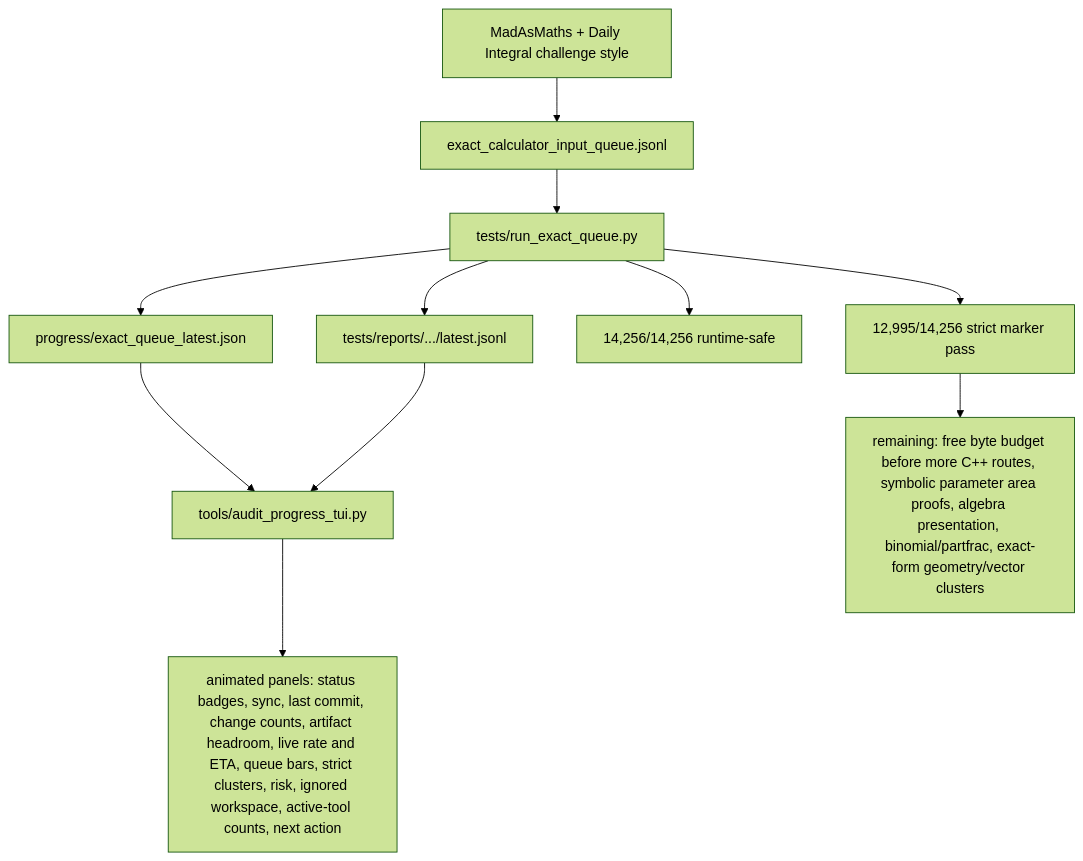
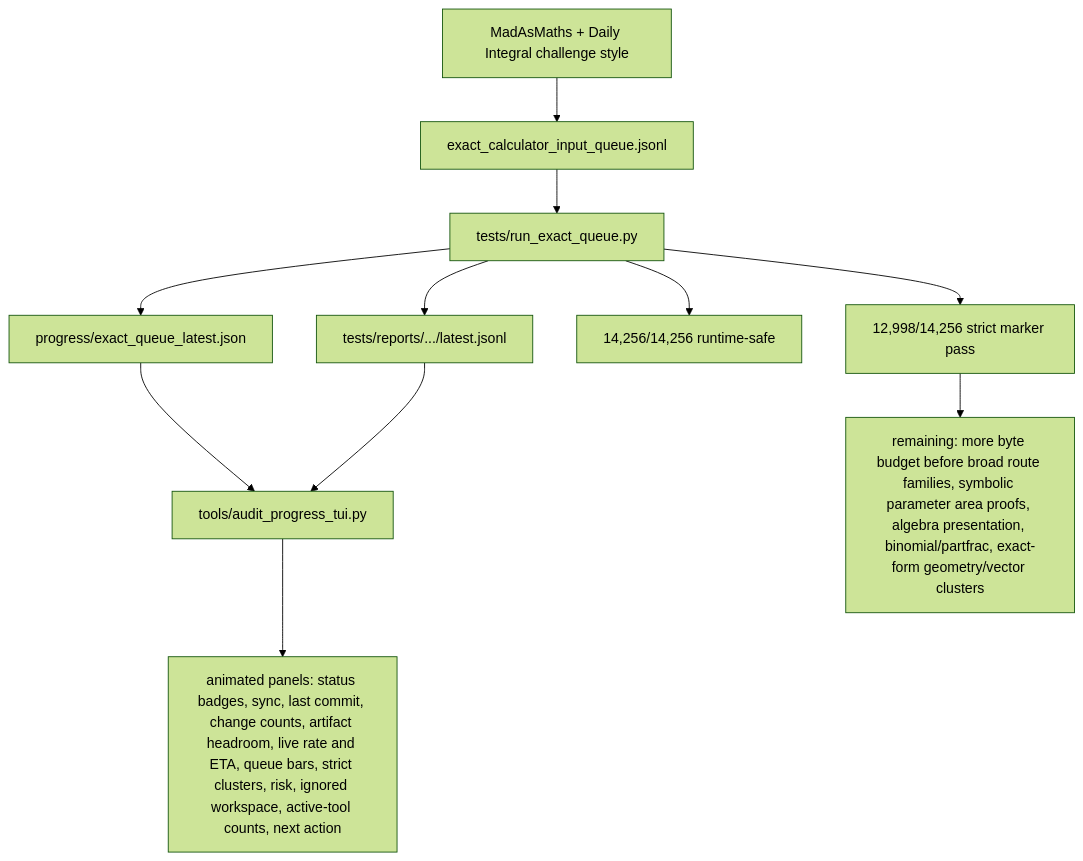
One commit to james8464/notes-addin-casio-fx-cg50 changed the fifth of 6 diagrams in docs/GRAPH.md. Above: the diagram before and after it, drawn with Mermaid (forest theme). The commit also changed other lines of this file and 3 other files, not shown here.

````diff
--- a/docs/GRAPH.md
+++ b/docs/GRAPH.md
@@ -60,13 +60,13 @@
 ```mermaid
 graph TD
   Online["MadAsMaths + Daily Integral challenge style"] --> Queue["exact_calculator_input_queue.jsonl"]
   Queue --> Runner["tests/run_exact_queue.py"]
   Runner --> Live["progress/exact_queue_latest.json"]
   Runner --> Report["tests/reports/.../latest.jsonl"]
   Live --> TUI["tools/audit_progress_tui.py"]
   Report --> TUI
   TUI --> Panels["animated panels: status badges, sync, last commit, change counts, artifact headroom, live rate and ETA, queue bars, strict clusters, risk, ignored workspace, active-tool counts, next action"]
   Runner --> Runtime["14,256/14,256 runtime-safe"]
-  Runner --> Strict["12,995/14,256 strict marker pass"]
-  Strict --> Remaining["remaining: free byte budget before more C++ routes, symbolic parameter area proofs, algebra presentation, binomial/partfrac, exact-form geometry/vector clusters"]
+  Runner --> Strict["12,998/14,256 strict marker pass"]
+  Strict --> Remaining["remaining: more byte budget before broad route families, symbolic parameter area proofs, algebra presentation, binomial/partfrac, exact-form geometry/vector clusters"]
 ```
````
